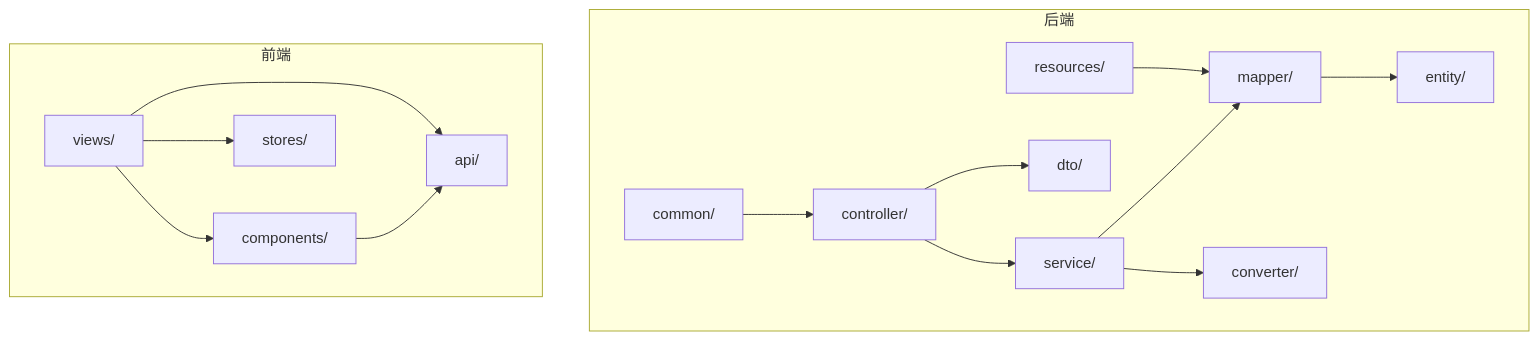
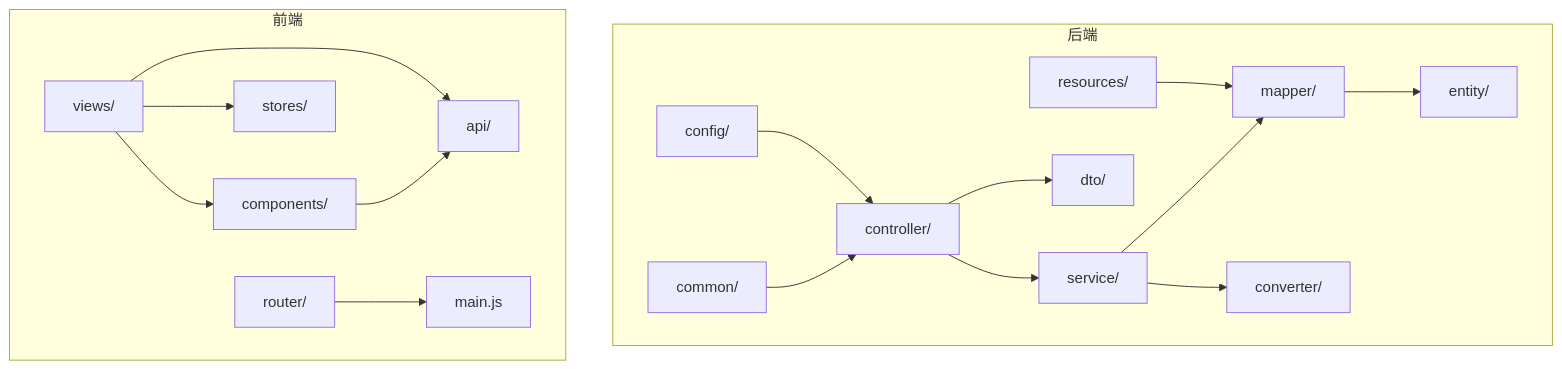
The first of 7 diagrams in .qoder/repowiki/zh/content/开发指南/开发指南.md (NJMrLi/genetics), drawn with Mermaid before and after one commit. The commit also changed other lines of this file and 152 other files, not shown here.

````diff
--- a/.qoder/repowiki/zh/content/开发指南/开发指南.md
+++ b/.qoder/repowiki/zh/content/开发指南/开发指南.md
@@ -40,28 +63,33 @@
 ```mermaid
 graph TB
 subgraph "后端"
 A["controller/"]
 B["service/"]
 C["mapper/"]
 D["entity/"]
 E["converter/"]
 F["dto/"]
 G["common/"]
-H["resources/"]
+H["config/"]
+I["resources/"]
 end
 subgraph "前端"
-I["views/"]
-J["components/"]
-K["api/"]
-L["stores/"]
+J["views/"]
+K["components/"]
+L["api/"]
+M["stores/"]
+N["router/"]
+O["main.js"]
 end
 A --> B --> C --> D
 B --> E
 A --> F
 G --> A
-H --> C
-I --> J
-I --> K
-I --> L
+H --> A
+I --> C
 J --> K
+J --> L
+J --> M
+N --> O
+K --> L
 ```
````
